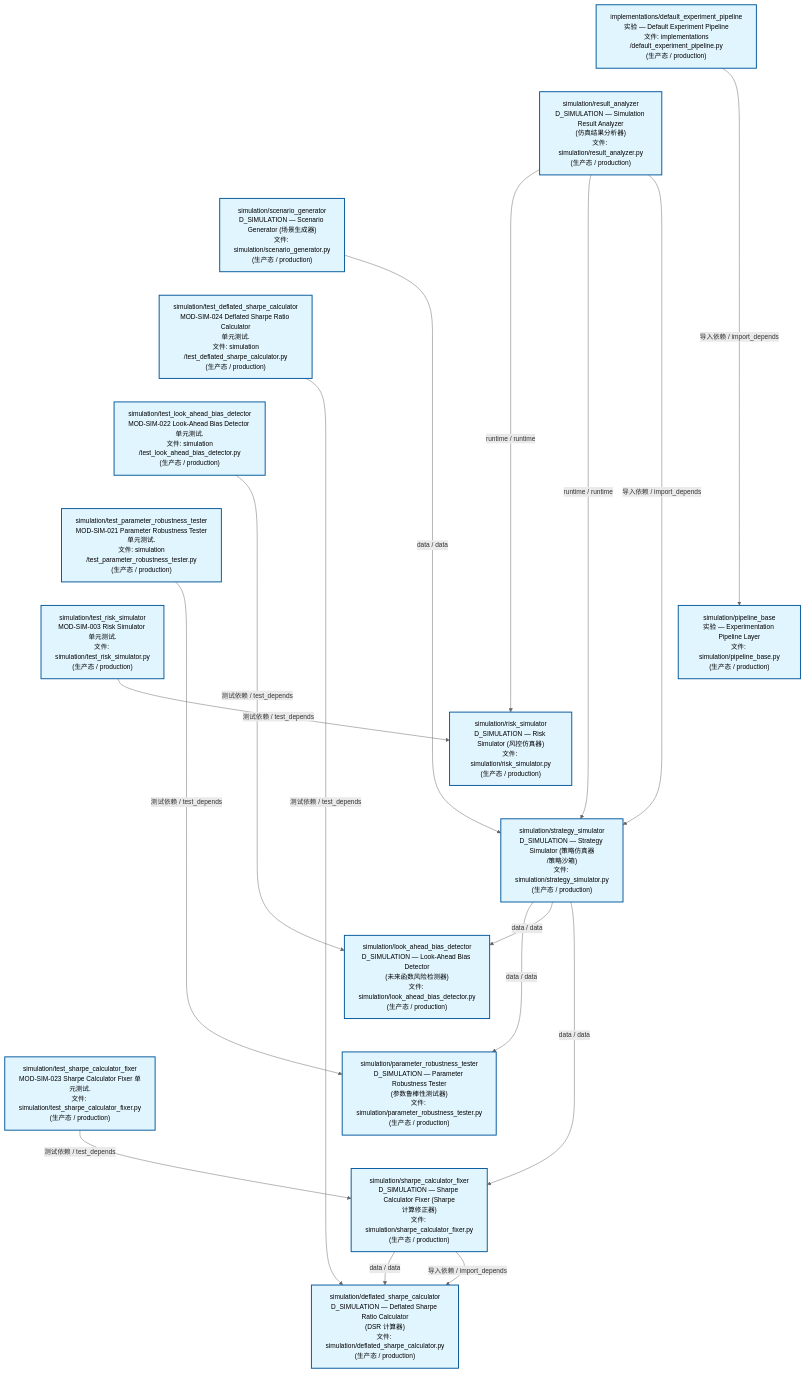
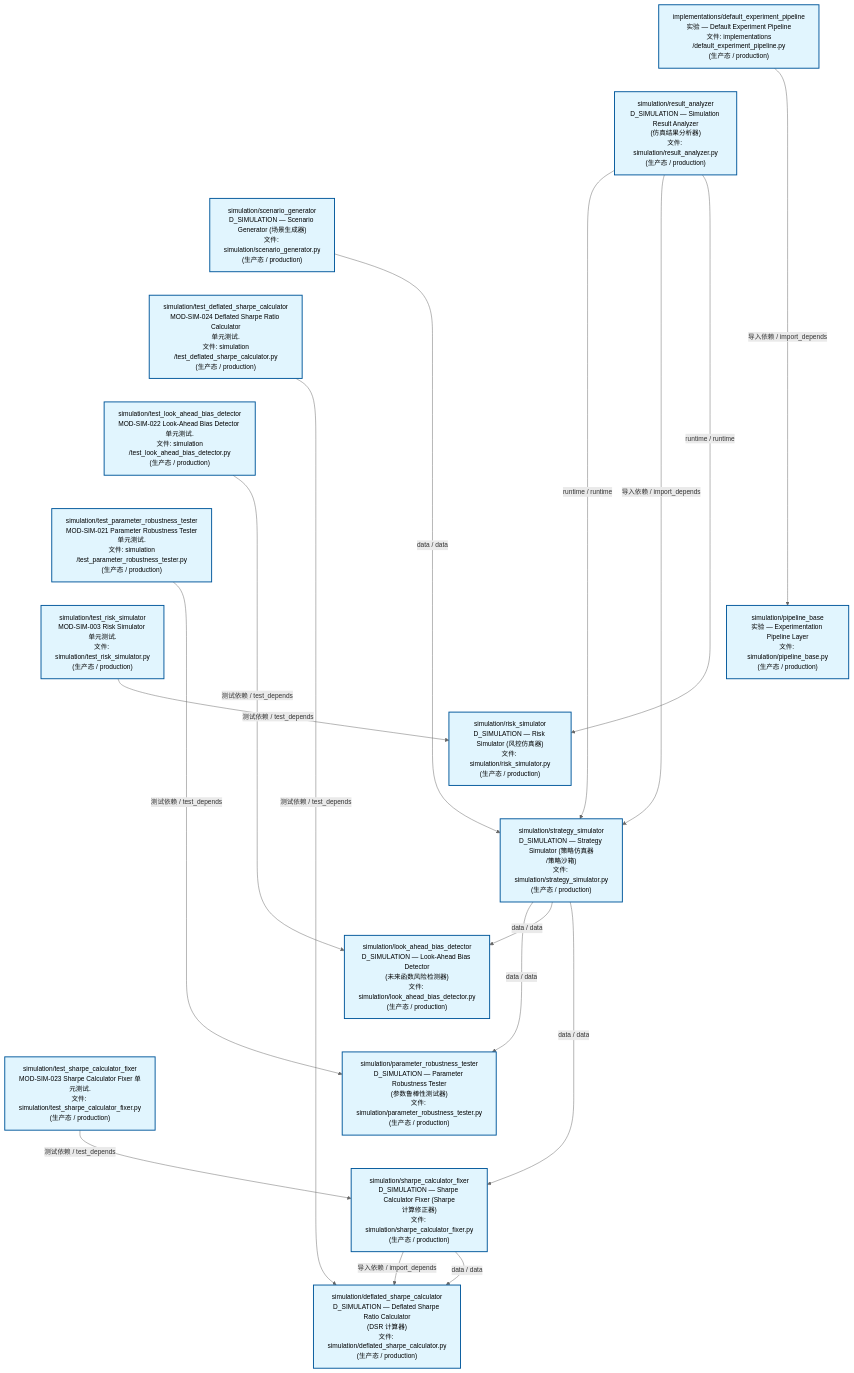
Before and after one commit to xuanFelixVan/ZephyrAlpha: the second of 3 diagrams in docs/02_enterprise_architecture/02_domain_architecture_docs/70_d_simulation.md, drawn with Mermaid. The commit also changed other lines of this file and 40 other files, not shown here.

````diff
--- a/docs/02_enterprise_architecture/02_domain_architecture_docs/70_d_simulation.md
+++ b/docs/02_enterprise_architecture/02_domain_architecture_docs/70_d_simulation.md
@@ -123,50 +123,50 @@
 ```mermaid
 %%{init: {'theme': 'base', 'themeVariables': {'primaryColor': '#eaeaea', 'primaryTextColor': '#333333', 'primaryBorderColor': '#666666', 'lineColor': '#666666', 'secondaryColor': '#eaeaea', 'tertiaryColor': '#eaeaea', 'fontSize': '14px'}}}%%
 flowchart TD
     src_zephyr_simulation_implementations_default_experiment_pipeline_py["implementations/default_experiment_pipeline<br/>实验 — Default Experiment Pipeline<br/>文件: implementations<br/>/default_experiment_pipeline.py<br/>(生产态 / production)"]
     src_zephyr_simulation_result_analyzer_py["simulation/result_analyzer<br/>D_SIMULATION — Simulation Result Analyzer<br/>(仿真结果分析器)<br/>文件: simulation/result_analyzer.py<br/>(生产态 / production)"]
     src_zephyr_simulation_scenario_generator_py["simulation/scenario_generator<br/>D_SIMULATION — Scenario Generator (场景生成器)<br/>文件: simulation/scenario_generator.py<br/>(生产态 / production)"]
     tests_simulation_test_deflated_sharpe_calculator_py["simulation/test_deflated_sharpe_calculator<br/>MOD-SIM-024 Deflated Sharpe Ratio Calculator<br/>单元测试.<br/>文件: simulation<br/>/test_deflated_sharpe_calculator.py<br/>(生产态 / production)"]
     tests_simulation_test_look_ahead_bias_detector_py["simulation/test_look_ahead_bias_detector<br/>MOD-SIM-022 Look-Ahead Bias Detector 单元测试.<br/>文件: simulation<br/>/test_look_ahead_bias_detector.py<br/>(生产态 / production)"]
     tests_simulation_test_parameter_robustness_tester_py["simulation/test_parameter_robustness_tester<br/>MOD-SIM-021 Parameter Robustness Tester<br/>单元测试.<br/>文件: simulation<br/>/test_parameter_robustness_tester.py<br/>(生产态 / production)"]
     tests_simulation_test_risk_simulator_py["simulation/test_risk_simulator<br/>MOD-SIM-003 Risk Simulator 单元测试.<br/>文件: simulation/test_risk_simulator.py<br/>(生产态 / production)"]
     tests_simulation_test_sharpe_calculator_fixer_py["simulation/test_sharpe_calculator_fixer<br/>MOD-SIM-023 Sharpe Calculator Fixer 单元测试.<br/>文件: simulation/test_sharpe_calculator_fixer.py<br/>(生产态 / production)"]
     src_zephyr_simulation_implementations_default_experiment_pipeline_py ~~~ src_zephyr_simulation_result_analyzer_py
     src_zephyr_simulation_result_analyzer_py ~~~ src_zephyr_simulation_scenario_generator_py
     src_zephyr_simulation_scenario_generator_py ~~~ tests_simulation_test_deflated_sharpe_calculator_py
     tests_simulation_test_deflated_sharpe_calculator_py ~~~ tests_simulation_test_look_ahead_bias_detector_py
     tests_simulation_test_look_ahead_bias_detector_py ~~~ tests_simulation_test_parameter_robustness_tester_py
     tests_simulation_test_parameter_robustness_tester_py ~~~ tests_simulation_test_risk_simulator_py
     tests_simulation_test_risk_simulator_py ~~~ tests_simulation_test_sharpe_calculator_fixer_py
     src_zephyr_simulation_pipeline_base_py["simulation/pipeline_base<br/>实验 — Experimentation Pipeline Layer<br/>文件: simulation/pipeline_base.py<br/>(生产态 / production)"]
     src_zephyr_simulation_risk_simulator_py["simulation/risk_simulator<br/>D_SIMULATION — Risk Simulator (风控仿真器)<br/>文件: simulation/risk_simulator.py<br/>(生产态 / production)"]
     src_zephyr_simulation_strategy_simulator_py["simulation/strategy_simulator<br/>D_SIMULATION — Strategy Simulator (策略仿真器<br/>/策略沙箱)<br/>文件: simulation/strategy_simulator.py<br/>(生产态 / production)"]
     src_zephyr_simulation_pipeline_base_py ~~~ src_zephyr_simulation_risk_simulator_py
     src_zephyr_simulation_risk_simulator_py ~~~ src_zephyr_simulation_strategy_simulator_py
     src_zephyr_simulation_look_ahead_bias_detector_py["simulation/look_ahead_bias_detector<br/>D_SIMULATION — Look-Ahead Bias Detector<br/>(未来函数风险检测器)<br/>文件: simulation/look_ahead_bias_detector.py<br/>(生产态 / production)"]
     src_zephyr_simulation_parameter_robustness_tester_py["simulation/parameter_robustness_tester<br/>D_SIMULATION — Parameter Robustness Tester<br/>(参数鲁棒性测试器)<br/>文件: simulation/parameter_robustness_tester.py<br/>(生产态 / production)"]
     src_zephyr_simulation_sharpe_calculator_fixer_py["simulation/sharpe_calculator_fixer<br/>D_SIMULATION — Sharpe Calculator Fixer (Sharpe<br/>计算修正器)<br/>文件: simulation/sharpe_calculator_fixer.py<br/>(生产态 / production)"]
     src_zephyr_simulation_look_ahead_bias_detector_py ~~~ src_zephyr_simulation_parameter_robustness_tester_py
     src_zephyr_simulation_parameter_robustness_tester_py ~~~ src_zephyr_simulation_sharpe_calculator_fixer_py
     src_zephyr_simulation_deflated_sharpe_calculator_py["simulation/deflated_sharpe_calculator<br/>D_SIMULATION — Deflated Sharpe Ratio Calculator<br/>(DSR 计算器)<br/>文件: simulation/deflated_sharpe_calculator.py<br/>(生产态 / production)"]
-    src_zephyr_simulation_scenario_generator_py -->|data / data| src_zephyr_simulation_strategy_simulator_py
-    src_zephyr_simulation_sharpe_calculator_fixer_py -->|data / data| src_zephyr_simulation_deflated_sharpe_calculator_py
-    src_zephyr_simulation_sharpe_calculator_fixer_py -->|导入依赖 / import_depends| src_zephyr_simulation_deflated_sharpe_calculator_py
-    src_zephyr_simulation_result_analyzer_py -->|runtime / runtime| src_zephyr_simulation_risk_simulator_py
     src_zephyr_simulation_result_analyzer_py -->|runtime / runtime| src_zephyr_simulation_strategy_simulator_py
     src_zephyr_simulation_result_analyzer_py -->|导入依赖 / import_depends| src_zephyr_simulation_strategy_simulator_py
+    src_zephyr_simulation_result_analyzer_py -->|runtime / runtime| src_zephyr_simulation_risk_simulator_py
+    src_zephyr_simulation_scenario_generator_py -->|data / data| src_zephyr_simulation_strategy_simulator_py
     src_zephyr_simulation_strategy_simulator_py -->|data / data| src_zephyr_simulation_parameter_robustness_tester_py
     src_zephyr_simulation_strategy_simulator_py -->|data / data| src_zephyr_simulation_look_ahead_bias_detector_py
     src_zephyr_simulation_strategy_simulator_py -->|data / data| src_zephyr_simulation_sharpe_calculator_fixer_py
     src_zephyr_simulation_implementations_default_experiment_pipeline_py -->|导入依赖 / import_depends| src_zephyr_simulation_pipeline_base_py
+    src_zephyr_simulation_sharpe_calculator_fixer_py -->|导入依赖 / import_depends| src_zephyr_simulation_deflated_sharpe_calculator_py
+    src_zephyr_simulation_sharpe_calculator_fixer_py -->|data / data| src_zephyr_simulation_deflated_sharpe_calculator_py
     tests_simulation_test_deflated_sharpe_calculator_py -->|测试依赖 / test_depends| src_zephyr_simulation_deflated_sharpe_calculator_py
     tests_simulation_test_look_ahead_bias_detector_py -->|测试依赖 / test_depends| src_zephyr_simulation_look_ahead_bias_detector_py
+    tests_simulation_test_parameter_robustness_tester_py -->|测试依赖 / test_depends| src_zephyr_simulation_parameter_robustness_tester_py
+    tests_simulation_test_risk_simulator_py -->|测试依赖 / test_depends| src_zephyr_simulation_risk_simulator_py
     tests_simulation_test_sharpe_calculator_fixer_py -->|测试依赖 / test_depends| src_zephyr_simulation_sharpe_calculator_fixer_py
-    tests_simulation_test_risk_simulator_py -->|测试依赖 / test_depends| src_zephyr_simulation_risk_simulator_py
-    tests_simulation_test_parameter_robustness_tester_py -->|测试依赖 / test_depends| src_zephyr_simulation_parameter_robustness_tester_py
     classDef production fill:#e1f5fe,stroke:#01579b,stroke-width:2px,color:#000
     classDef design fill:#fff3e0,stroke:#e65100,stroke-width:2px,color:#000,stroke-dasharray: 5 5
     classDef external_prod fill:#e8f4fd,stroke:#0277bd,stroke-width:1px,color:#000
     classDef external_design fill:#fff8e7,stroke:#ef6c00,stroke-width:1px,color:#000,stroke-dasharray: 5 5
     class src_zephyr_simulation_deflated_sharpe_calculator_py,src_zephyr_simulation_implementations_default_experiment_pipeline_py,src_zephyr_simulation_look_ahead_bias_detector_py,src_zephyr_simulation_parameter_robustness_tester_py,src_zephyr_simulation_pipeline_base_py,src_zephyr_simulation_result_analyzer_py,src_zephyr_simulation_risk_simulator_py,src_zephyr_simulation_scenario_generator_py,src_zephyr_simulation_sharpe_calculator_fixer_py,src_zephyr_simulation_strategy_simulator_py,tests_simulation_test_deflated_sharpe_calculator_py,tests_simulation_test_look_ahead_bias_detector_py,tests_simulation_test_parameter_robustness_tester_py,tests_simulation_test_risk_simulator_py,tests_simulation_test_sharpe_calculator_fixer_py production
 ```
````
